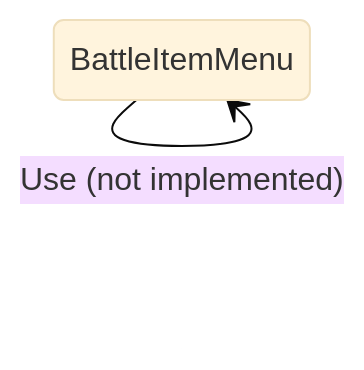
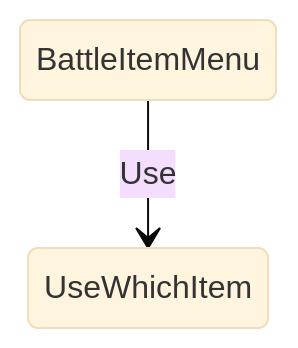
The fourth of 8 diagrams in State/state-machine.md (KonkeyDong/somber-inertia), drawn with Mermaid (base theme) before and after one commit. The commit also changed other lines of this file and 14 other files, not shown here.

````diff
--- a/State/state-machine.md
+++ b/State/state-machine.md
@@ -100,5 +100,5 @@
 ```mermaid
 stateDiagram-v2
     direction TB
-    BattleItemMenu --> BattleItemMenu : Use (not implemented)
+    BattleItemMenu --> UseWhichItem : Use
 ```
````
